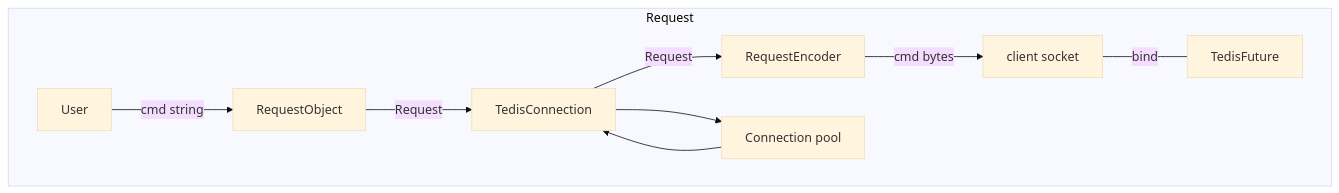
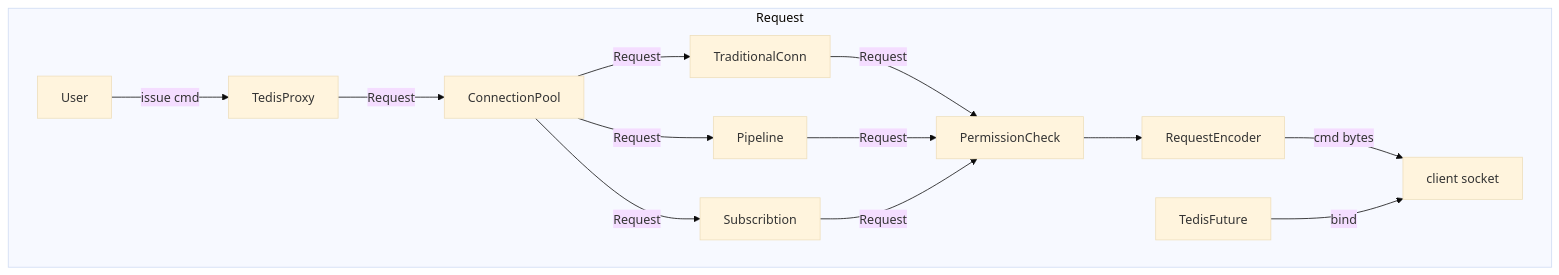
One commit to innun/Tedis changed the first of 2 diagrams in doc/TedisDoc.md. Above: the diagram before and after it, drawn with Mermaid (base theme). The commit also changed other lines of this file and 7 other files, not shown here.

````diff
--- a/doc/TedisDoc.md
+++ b/doc/TedisDoc.md
@@ -38,18 +3,22 @@
 ```mermaid
 graph TD   
    subgraph Request
-   A[User] --cmd string--> B[RequestObject]
-   B --Request--> C[TedisConnection]
-   C --Request--> D[RequestEncoder]
-   D --cmd bytes--> E[client socket]
-   F[Connection pool] --> C
-   C --> F
-   E --bind--- G[TedisFuture]
+   A[User] --issue cmd--> B[TedisProxy]
+   F --Request--> X[TraditionalConn]
+   F --Request--> Y[Pipeline]
+   F --Request--> Z[Subscribtion] 
+   B --Request--> F[ConnectionPool]
+   X --Request--> H
+   Y --Request--> H
+   Z --Request--> H
+   H[PermissionCheck] --> D
+   D[RequestEncoder] --cmd bytes--> E[client socket]
+   G[TedisFuture] --bind-->E
    end
    
    
 
   
    
    
 ```
````
